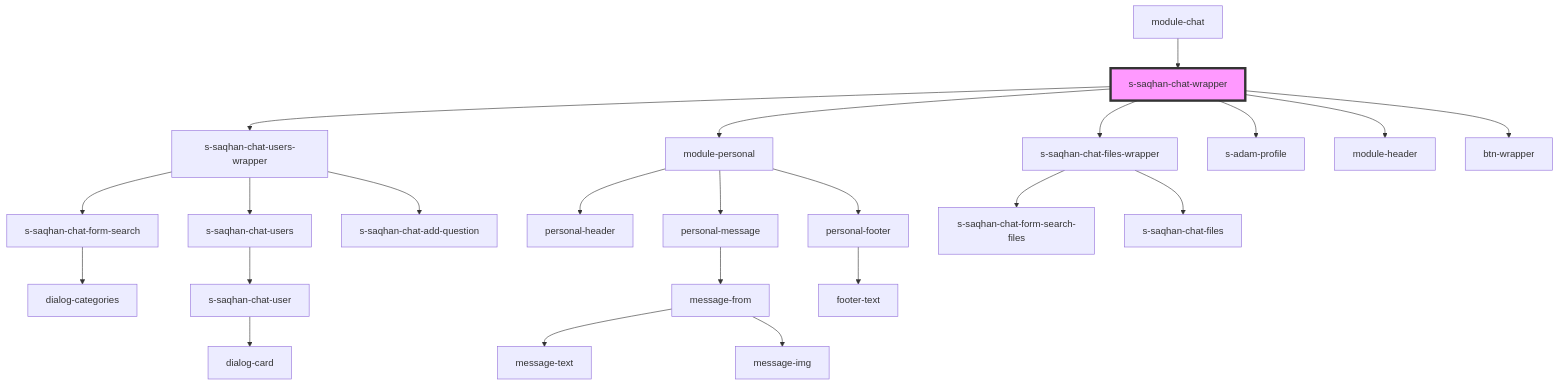
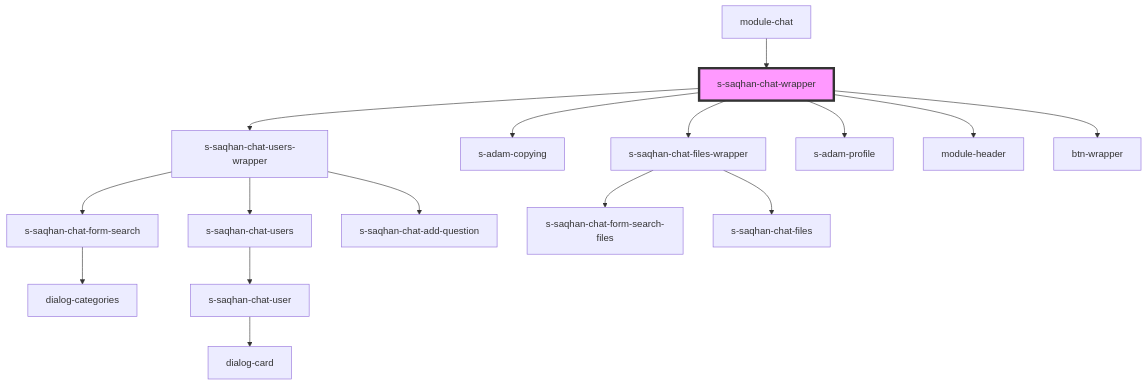
The diagram in src/components/module/module-chat/res/view/s-saqhan-chat-wrapper/readme.md (saqhan/stencil-chat), drawn with Mermaid before and after one commit. The commit also changed other lines of this file and 6 other files, not shown here.

````diff
--- a/src/components/module/module-chat/res/view/s-saqhan-chat-wrapper/readme.md
+++ b/src/components/module/module-chat/res/view/s-saqhan-chat-wrapper/readme.md
@@ -42,26 +42,19 @@
 ```mermaid
 graph TD;
   s-saqhan-chat-wrapper --> s-saqhan-chat-users-wrapper
-  s-saqhan-chat-wrapper --> module-personal
+  s-saqhan-chat-wrapper --> s-adam-copying
   s-saqhan-chat-wrapper --> s-saqhan-chat-files-wrapper
   s-saqhan-chat-wrapper --> s-adam-profile
   s-saqhan-chat-wrapper --> module-header
   s-saqhan-chat-wrapper --> btn-wrapper
   s-saqhan-chat-users-wrapper --> s-saqhan-chat-form-search
   s-saqhan-chat-users-wrapper --> s-saqhan-chat-users
   s-saqhan-chat-users-wrapper --> s-saqhan-chat-add-question
   s-saqhan-chat-form-search --> dialog-categories
   s-saqhan-chat-users --> s-saqhan-chat-user
   s-saqhan-chat-user --> dialog-card
-  module-personal --> personal-header
-  module-personal --> personal-message
-  module-personal --> personal-footer
-  personal-message --> message-from
-  message-from --> message-text
-  message-from --> message-img
-  personal-footer --> footer-text
   s-saqhan-chat-files-wrapper --> s-saqhan-chat-form-search-files
   s-saqhan-chat-files-wrapper --> s-saqhan-chat-files
   module-chat --> s-saqhan-chat-wrapper
   style s-saqhan-chat-wrapper fill:#f9f,stroke:#333,stroke-width:4px
 ```
````
